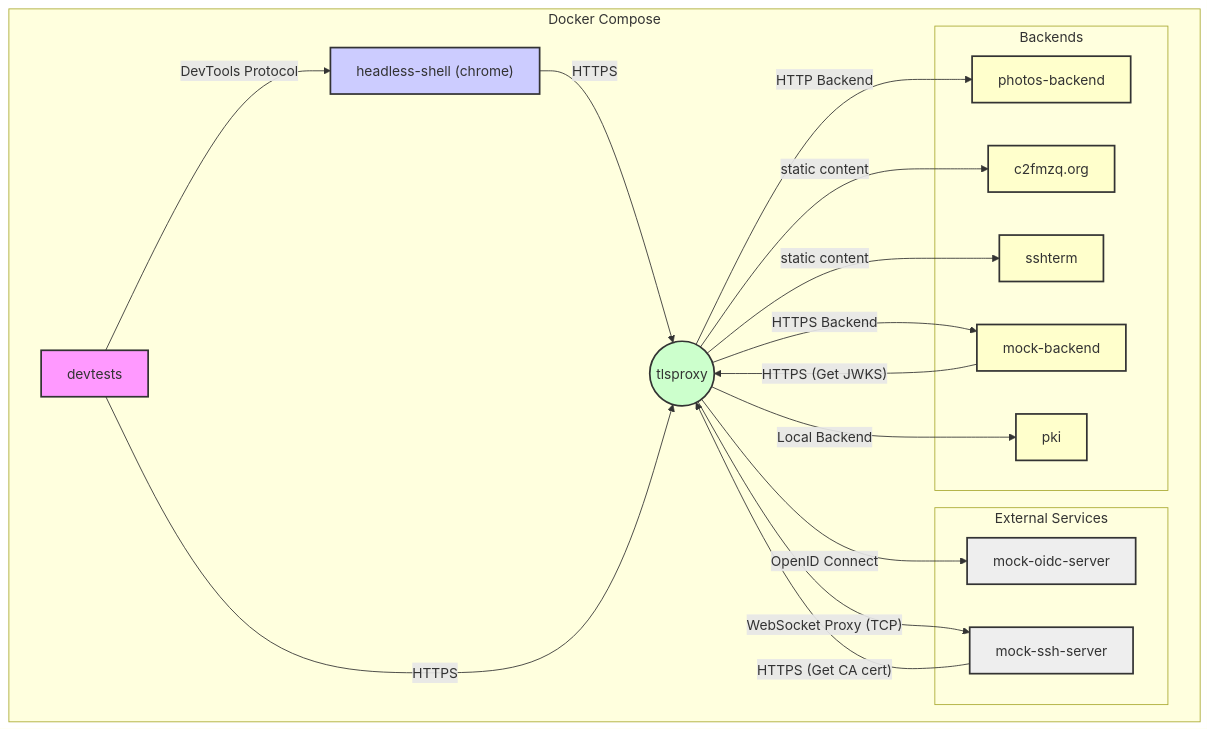
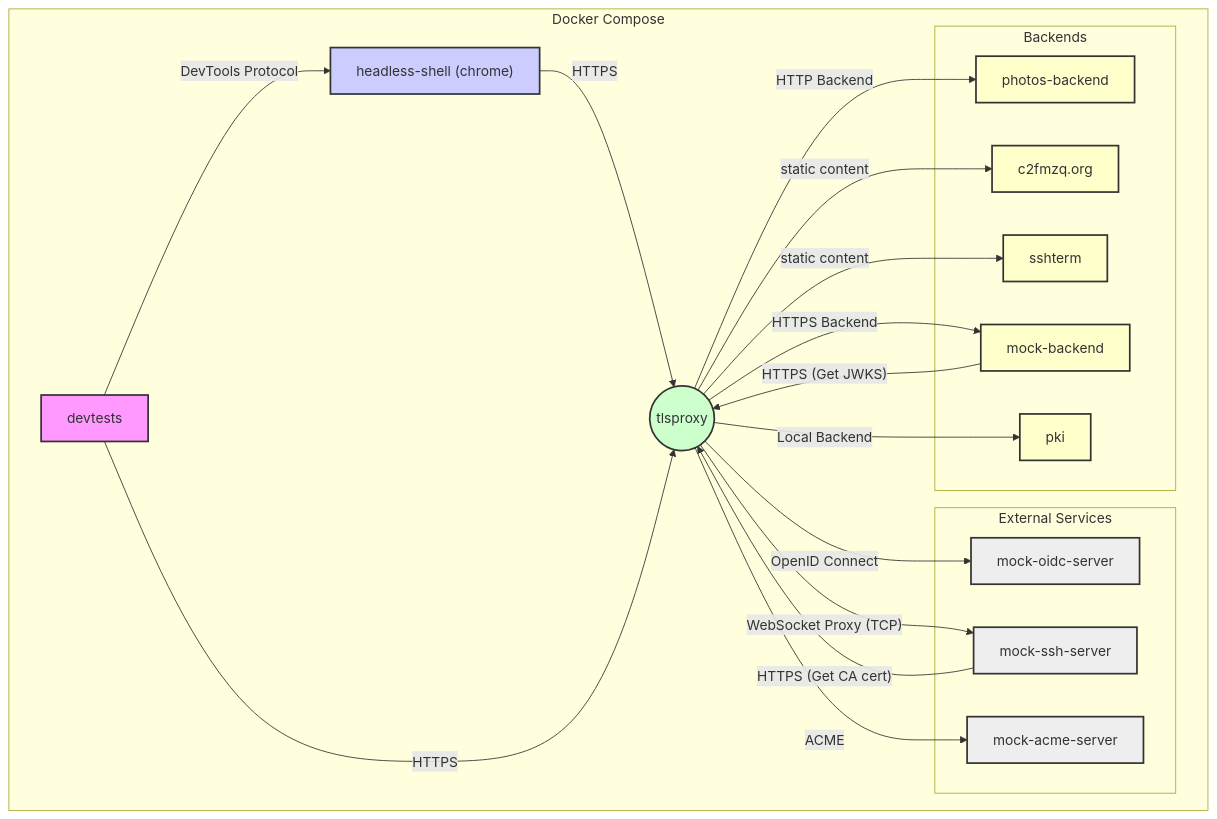
The diagram in README.md (c2FmZQ/integration-tests), drawn with Mermaid before and after one commit. The commit also changed other lines of this file and 9 other files, not shown here.

Commit message:
gemini starting to add acme server

````diff
--- a/README.md
+++ b/README.md
@@ -9,43 +9,46 @@
 ```mermaid
 graph TD
     subgraph "Docker Compose"
         A[devtests]
         B["headless-shell (chrome)"];
         P((tlsproxy));
         subgraph "External Services"
             S1[mock-oidc-server];
             S2[mock-ssh-server];
+            S3[mock-acme-server];
         end
         subgraph "Backends"
             B1[photos-backend];
             B2[c2fmzq.org];
             B3[sshterm];
             B4[mock-backend];
             B5[pki]
         end
     end
 
     A -->|DevTools Protocol| B;
     B -->|HTTPS| P;
     A -->|HTTPS| P;
     P -->|"OpenID Connect"| S1;
     P -->|"WebSocket Proxy (TCP)"| S2;
+    P -->|"ACME"| S3;
     S2 -->|"HTTPS (Get CA cert)"| P;
     P -->|HTTP Backend| B1;
     P -->|static content| B2;
     P -->|static content| B3;
     P -->|HTTPS Backend| B4;
     B4 -->|"HTTPS (Get JWKS)"| P
     P -->|Local Backend| B5;
 
     style S1 fill:#eee,stroke:#333,stroke-width:2px
     style S2 fill:#eee,stroke:#333,stroke-width:2px
+    style S3 fill:#eee,stroke:#333,stroke-width:2px
     style A fill:#f9f,stroke:#333,stroke-width:2px
     style B fill:#ccf,stroke:#333,stroke-width:2px
     style P fill:#cfc,stroke:#333,stroke-width:2px
     style B1 fill:#ffc,stroke:#333,stroke-width:2px
     style B2 fill:#ffc,stroke:#333,stroke-width:2px
     style B3 fill:#ffc,stroke:#333,stroke-width:2px
     style B4 fill:#ffc,stroke:#333,stroke-width:2px
     style B5 fill:#ffc,stroke:#333,stroke-width:2px
 ```
````
